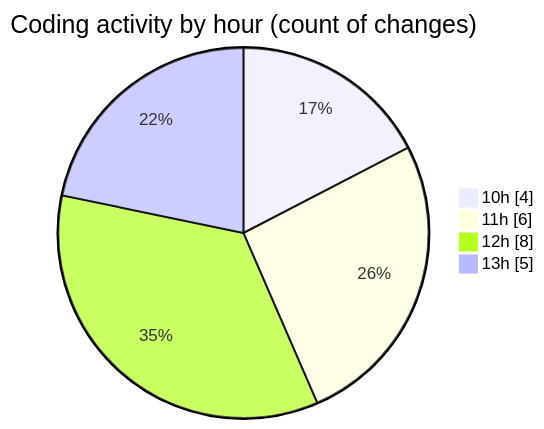
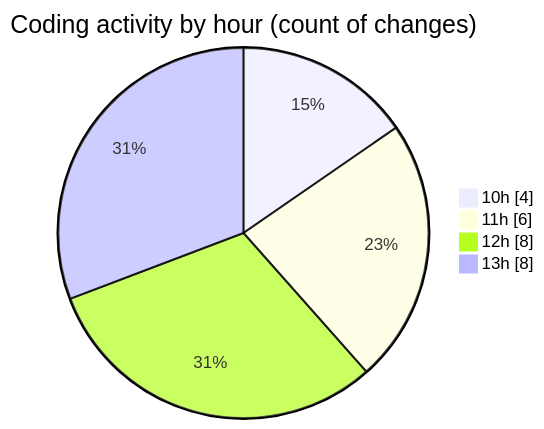
The second of 2 diagrams in 2025-10-03/totem2/README.md (LanceThiago/code-tracking), drawn with Mermaid before and after one commit. The commit also changed other lines of this file and 1 other file, not shown here.

````diff
--- a/2025-10-03/totem2/README.md
+++ b/2025-10-03/totem2/README.md
@@ -29,8 +29,8 @@
 ```mermaid
 pie showData
 title Coding activity by hour (count of changes)
 "10h" : 4
 "11h" : 6
 "12h" : 8
-"13h" : 5
+"13h" : 8
 ```
````
